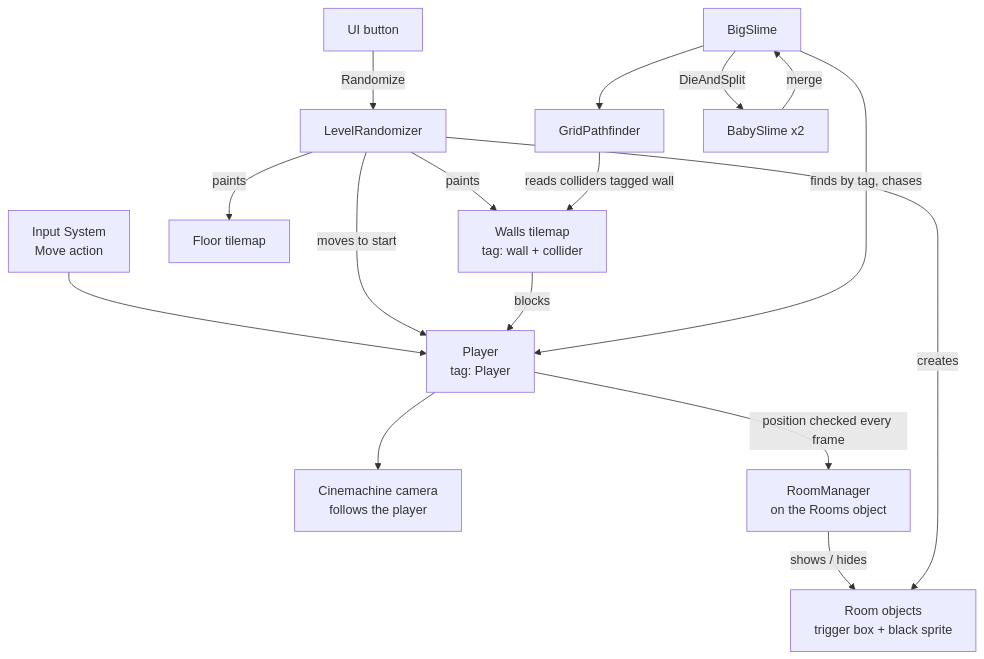
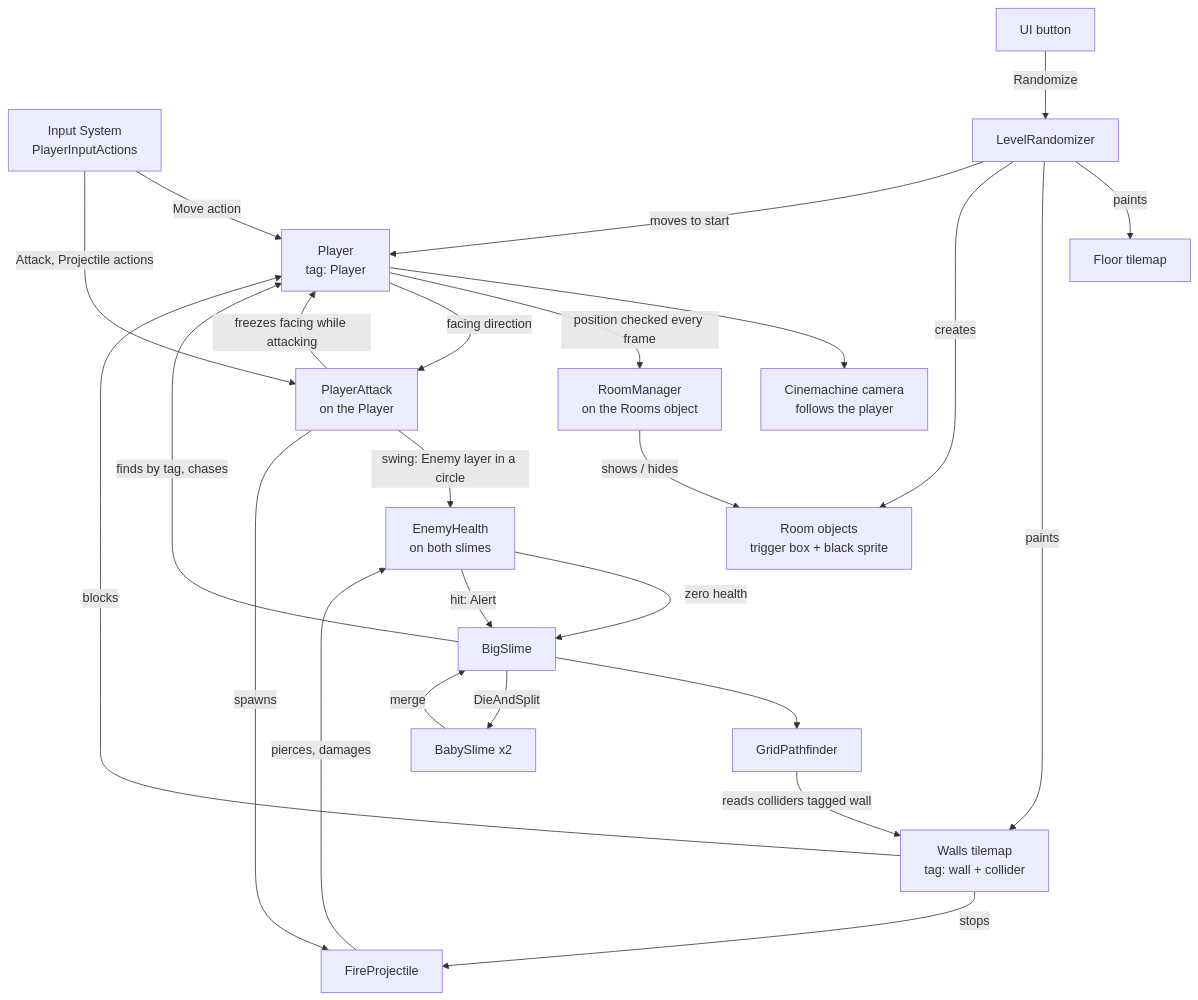
Before and after one commit to Chidra20/gyarte: the diagram in Obsidian/Architecture.md, drawn with Mermaid. The commit also changed other lines of this file and 17 other files, not shown here.

````diff
--- a/Obsidian/Architecture.md
+++ b/Obsidian/Architecture.md
@@ -7,18 +7,27 @@
 ```mermaid
 flowchart TD
-    Input[Input System<br/>Move action] --> Player
+    Input[Input System<br/>PlayerInputActions] -->|Move action| Player
     Player[Player<br/>tag: Player] --> Camera[Cinemachine camera<br/>follows the player]
     Player -->|position checked every frame| RoomManager
     RoomManager[RoomManager<br/>on the Rooms object] -->|shows / hides| RoomObjects[Room objects<br/>trigger box + black sprite]
     Randomizer[LevelRandomizer] -->|paints| Floor[Floor tilemap]
     Randomizer -->|paints| Walls[Walls tilemap<br/>tag: wall + collider]
     Randomizer -->|creates| RoomObjects
     Randomizer -->|moves to start| Player
     Button[UI button] -->|Randomize| Randomizer
     Walls -->|blocks| Player
     Slime[BigSlime] -->|finds by tag, chases| Player
     Slime --> Pathfinder[GridPathfinder]
     Pathfinder -->|reads colliders tagged wall| Walls
     Slime -->|DieAndSplit| Babies[BabySlime x2]
     Babies -->|merge| Slime
+    Input -->|Attack, Projectile actions| Attack[PlayerAttack<br/>on the Player]
+    Player -->|facing direction| Attack
+    Attack -->|freezes facing while attacking| Player
+    Attack -->|swing: Enemy layer in a circle| Health[EnemyHealth<br/>on both slimes]
+    Attack -->|spawns| Fireball[FireProjectile]
+    Fireball -->|pierces, damages| Health
+    Walls -->|stops| Fireball
+    Health -->|zero health| Slime
+    Health -->|hit: Alert| Slime
 ```
````
